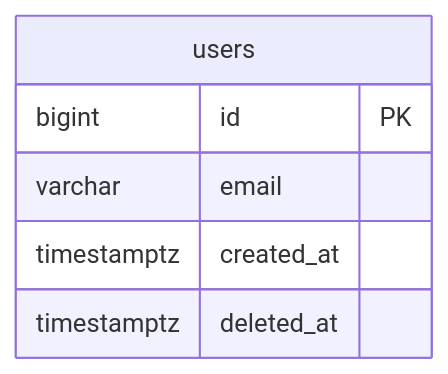
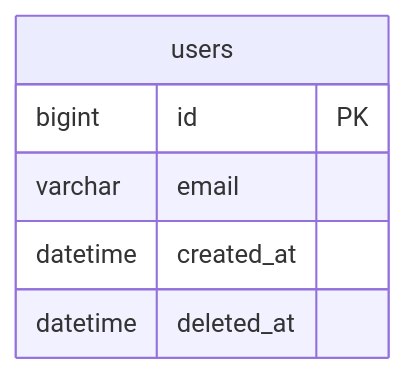
The diagram in packages/android-flutter-fastapi/templates/DATABASE_TEMPLATE.md (tsiendragon/TAMart), drawn with Mermaid before and after one commit. The commit also changed other lines of this file and 40 other files, not shown here.

````diff
--- a/packages/android-flutter-fastapi/templates/DATABASE_TEMPLATE.md
+++ b/packages/android-flutter-fastapi/templates/DATABASE_TEMPLATE.md
@@ -46,11 +59,11 @@
 ```mermaid
 erDiagram
     users {
         bigint id PK
         varchar email
-        timestamptz created_at
-        timestamptz deleted_at
+        datetime created_at
+        datetime deleted_at
     }
     
     %% 在此添加其他表和关系
 ```
````
